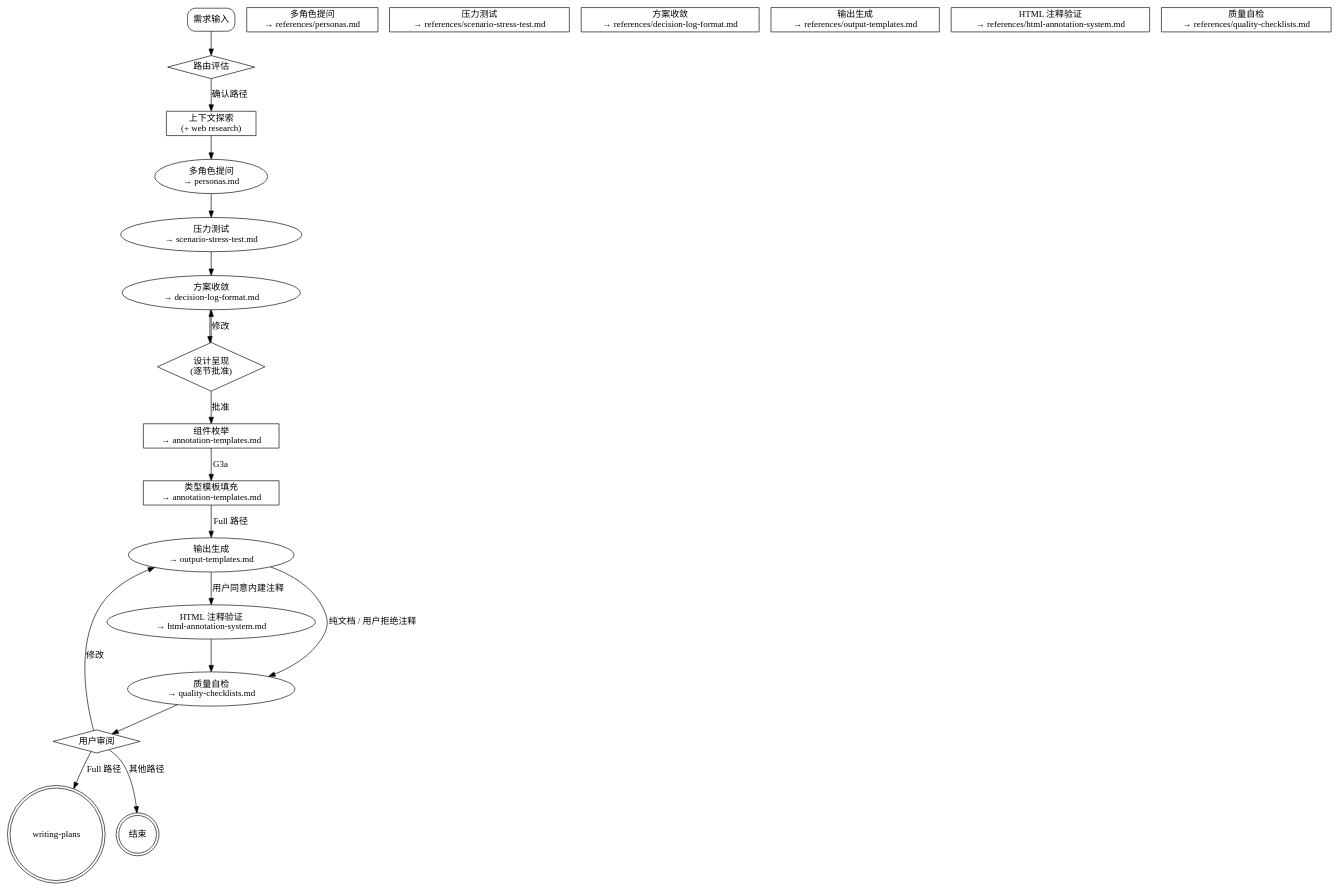
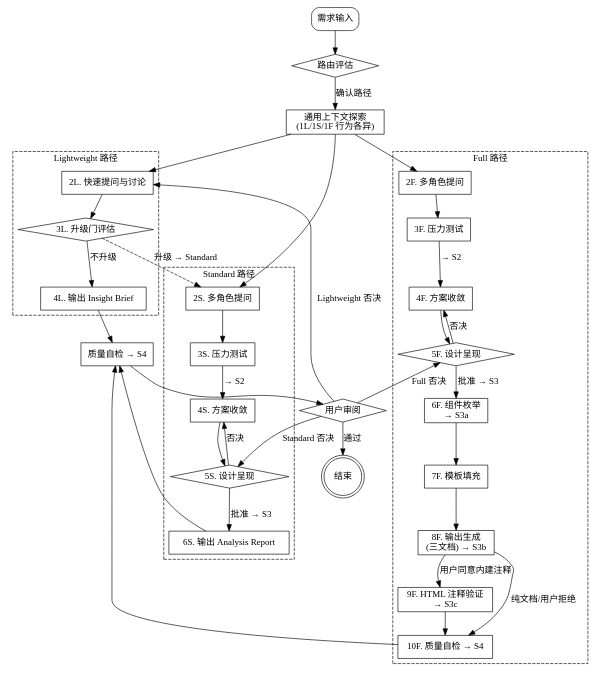
The diagram in SKILL.md (SWUNwy/spec-analyze), drawn with Graphviz before and after one commit. The commit also changed other lines of this file and 4 other files, not shown here.

````diff
--- a/SKILL.md
+++ b/SKILL.md
@@ -182,39 +288,81 @@
 ```dot
 digraph spec_analyze_flow {
     rankdir=TB;
 
     "需求输入" [shape=box style=rounded];
     "路由评估" [shape=diamond];
-    "上下文探索\n(+ web research)" [shape=box];
-    "多角色提问\n→ references/personas.md" [shape=box];
-    "压力测试\n→ references/scenario-stress-test.md" [shape=box];
-    "方案收敛\n→ references/decision-log-format.md" [shape=box];
-    "设计呈现\n(逐节批准)" [shape=diamond];
-    "组件枚举\n→ annotation-templates.md" [shape=box];
-    "类型模板填充\n→ annotation-templates.md" [shape=box];
-    "输出生成\n→ references/output-templates.md" [shape=box];
-    "HTML 注释验证\n→ references/html-annotation-system.md" [shape=box];
-    "质量自检\n→ references/quality-checklists.md" [shape=box];
+    "通用上下文探索\n(1L/1S/1F 行为各异)" [shape=box];
+
+    subgraph cluster_lightweight {
+        label="Lightweight 路径";
+        style=dashed;
+        "2L. 快速提问与讨论" [shape=box];
+        "3L. 升级门评估" [shape=diamond];
+        "4L. 输出 Insight Brief" [shape=box];
+    }
+
+    subgraph cluster_standard {
+        label="Standard 路径";
+        style=dashed;
+        "2S. 多角色提问" [shape=box];
+        "3S. 压力测试" [shape=box];
+        "4S. 方案收敛" [shape=box];
+        "5S. 设计呈现" [shape=diamond];
+        "6S. 输出 Analysis Report" [shape=box];
+    }
+
+    subgraph cluster_full {
+        label="Full 路径";
+        style=dashed;
+        "2F. 多角色提问" [shape=box];
+        "3F. 压力测试" [shape=box];
+        "4F. 方案收敛" [shape=box];
+        "5F. 设计呈现" [shape=diamond];
+        "6F. 组件枚举\n→ S3a" [shape=box];
+        "7F. 模板填充" [shape=box];
+        "8F. 输出生成\n(三文档) → S3b" [shape=box];
+        "9F. HTML 注释验证\n→ S3c" [shape=box];
+        "10F. 质量自检 → S4" [shape=box];
+    }
+
+    "质量自检 → S4" [shape=box];
     "用户审阅" [shape=diamond];
-    "writing-plans" [shape=doublecircle];
     "结束" [shape=doublecircle];
 
     "需求输入" -> "路由评估";
-    "路由评估" -> "上下文探索\n(+ web research)" [label="确认路径"];
-    "上下文探索\n(+ web research)" -> "多角色提问\n→ personas.md";
-    "多角色提问\n→ personas.md" -> "压力测试\n→ scenario-stress-test.md";
-    "压力测试\n→ scenario-stress-test.md" -> "方案收敛\n→ decision-log-format.md";
-    "方案收敛\n→ decision-log-format.md" -> "设计呈现\n(逐节批准)";
-    "设计呈现\n(逐节批准)" -> "方案收敛\n→ decision-log-format.md" [label="修改"];
-    "设计呈现\n(逐节批准)" -> "组件枚举\n→ annotation-templates.md" [label="批准"];
-    "组件枚举\n→ annotation-templates.md" -> "类型模板填充\n→ annotation-templates.md" [label="G3a"];
-    "类型模板填充\n→ annotation-templates.md" -> "输出生成\n→ output-templates.md" [label="Full 路径"];
-    "输出生成\n→ output-templates.md" -> "HTML 注释验证\n→ html-annotation-system.md" [label="用户同意内建注释"];
-    "输出生成\n→ output-templates.md" -> "质量自检\n→ quality-checklists.md" [label="纯文档 / 用户拒绝注释"];
-    "HTML 注释验证\n→ html-annotation-system.md" -> "质量自检\n→ quality-checklists.md";
-    "质量自检\n→ quality-checklists.md" -> "用户审阅";
-    "用户审阅" -> "输出生成\n→ output-templates.md" [label="修改"];
-    "用户审阅" -> "writing-plans" [label="Full 路径"];
-    "用户审阅" -> "结束" [label="其他路径"];
+    "路由评估" -> "通用上下文探索\n(1L/1S/1F 行为各异)" [label="确认路径"];
+
+    "通用上下文探索\n(1L/1S/1F 行为各异)" -> "2L. 快速提问与讨论";
+    "2L. 快速提问与讨论" -> "3L. 升级门评估";
+    "3L. 升级门评估" -> "4L. 输出 Insight Brief" [label="不升级"];
+    "3L. 升级门评估" -> "2S. 多角色提问" [label="升级 → Standard" style=dashed];
+    "4L. 输出 Insight Brief" -> "质量自检 → S4";
+
+    "通用上下文探索\n(1L/1S/1F 行为各异)" -> "2S. 多角色提问";
+    "2S. 多角色提问" -> "3S. 压力测试";
+    "3S. 压力测试" -> "4S. 方案收敛" [label="→ S2"];
+    "4S. 方案收敛" -> "5S. 设计呈现";
+    "5S. 设计呈现" -> "4S. 方案收敛" [label="否决"];
+    "5S. 设计呈现" -> "6S. 输出 Analysis Report" [label="批准 → S3"];
+    "6S. 输出 Analysis Report" -> "质量自检 → S4";
+
+    "通用上下文探索\n(1L/1S/1F 行为各异)" -> "2F. 多角色提问";
+    "2F. 多角色提问" -> "3F. 压力测试";
+    "3F. 压力测试" -> "4F. 方案收敛" [label="→ S2"];
+    "4F. 方案收敛" -> "5F. 设计呈现";
+    "5F. 设计呈现" -> "4F. 方案收敛" [label="否决"];
+    "5F. 设计呈现" -> "6F. 组件枚举\n→ S3a" [label="批准 → S3"];
+    "6F. 组件枚举\n→ S3a" -> "7F. 模板填充";
+    "7F. 模板填充" -> "8F. 输出生成\n(三文档) → S3b";
+    "8F. 输出生成\n(三文档) → S3b" -> "9F. HTML 注释验证\n→ S3c" [label="用户同意内建注释"];
+    "8F. 输出生成\n(三文档) → S3b" -> "10F. 质量自检 → S4" [label="纯文档/用户拒绝"];
+    "9F. HTML 注释验证\n→ S3c" -> "10F. 质量自检 → S4";
+    "10F. 质量自检 → S4" -> "质量自检 → S4";
+
+    "质量自检 → S4" -> "用户审阅";
+    "用户审阅" -> "结束" [label="通过"];
+    "用户审阅" -> "2L. 快速提问与讨论" [label="Lightweight 否决"];
+    "用户审阅" -> "5S. 设计呈现" [label="Standard 否决"];
+    "用户审阅" -> "5F. 设计呈现" [label="Full 否决"];
 }
 ```
````
